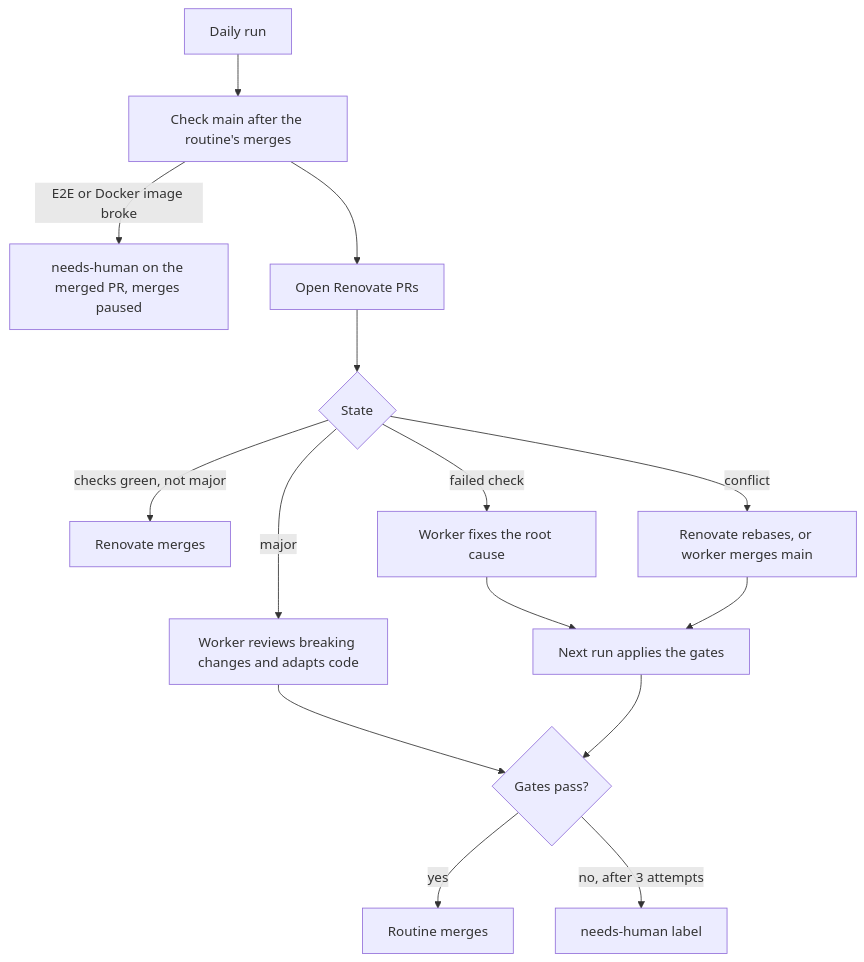
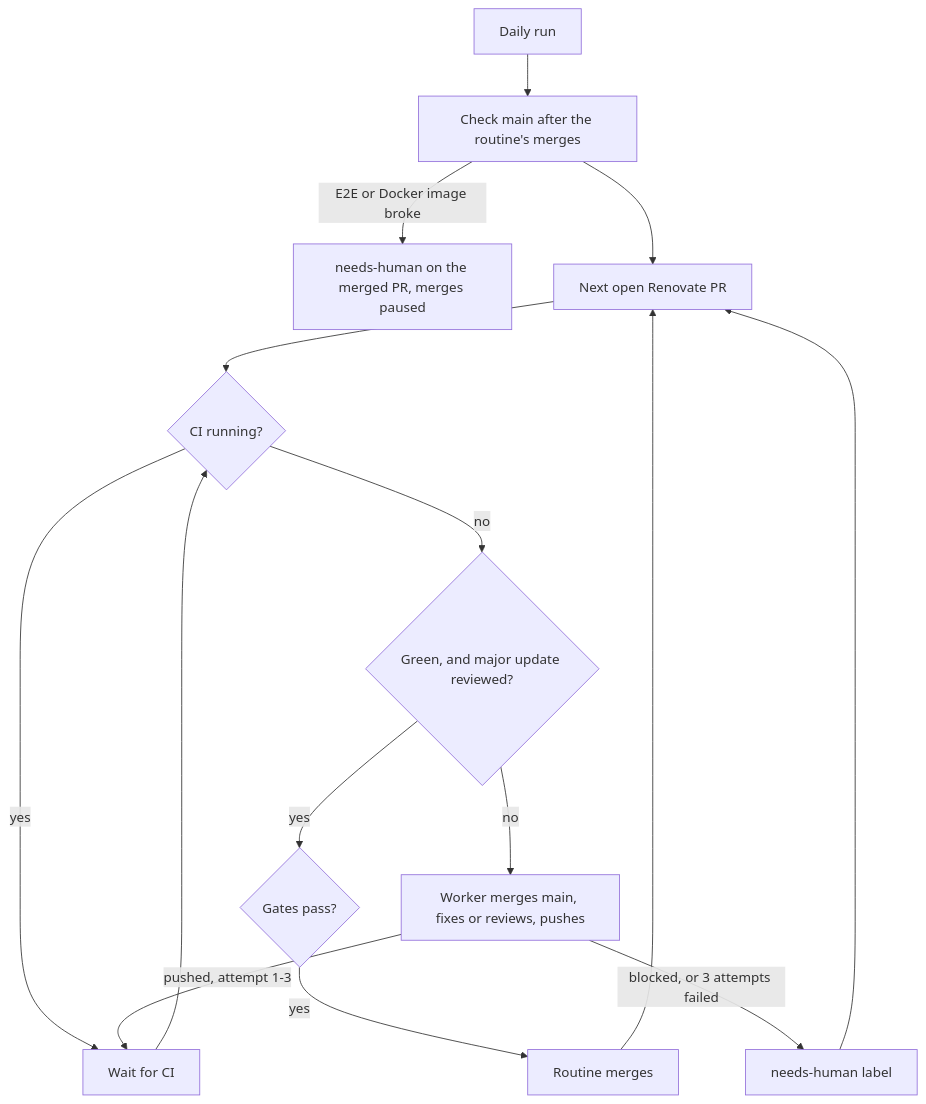
Before and after one commit to syudead/vv: the second of 2 diagrams in docs/how-to/dependency-updates.md, drawn with Mermaid. The commit also changed other lines of this file and 5 other files, not shown here.

First line of the commit message:
docs(skills): finish every Renovate PR within one routine run

````diff
--- a/docs/how-to/dependency-updates.md
+++ b/docs/how-to/dependency-updates.md
@@ -110,17 +110,17 @@
 ```mermaid
 flowchart TD
   start[Daily run] --> watch[Check main after the routine's merges]
   watch -->|E2E or Docker image broke| broken[needs-human on the merged PR, merges paused]
-  watch --> list[Open Renovate PRs]
-  list --> kind{State}
-  kind -->|checks green, not major| skip[Renovate merges]
-  kind -->|conflict| rebase[Renovate rebases, or worker merges main]
-  kind -->|failed check| fix[Worker fixes the root cause]
-  kind -->|major| review[Worker reviews breaking changes and adapts code]
-  fix --> next[Next run applies the gates]
-  rebase --> next
-  review --> gate{Gates pass?}
-  next --> gate
+  watch --> pr[Next open Renovate PR]
+  pr --> ci{CI running?}
+  ci -->|yes| wait[Wait for CI]
+  wait --> ci
+  ci -->|no| state{Green, and major update reviewed?}
+  state -->|yes| gate{Gates pass?}
   gate -->|yes| merge[Routine merges]
-  gate -->|no, after 3 attempts| human[needs-human label]
+  state -->|no| worker[Worker merges main, fixes or reviews, pushes]
+  worker -->|pushed, attempt 1-3| wait
+  worker -->|blocked, or 3 attempts failed| human[needs-human label]
+  merge --> pr
+  human --> pr
 ```
````
